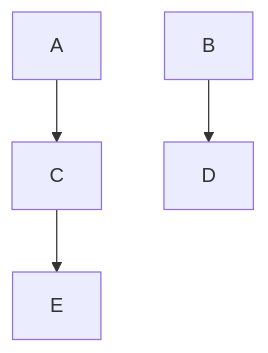
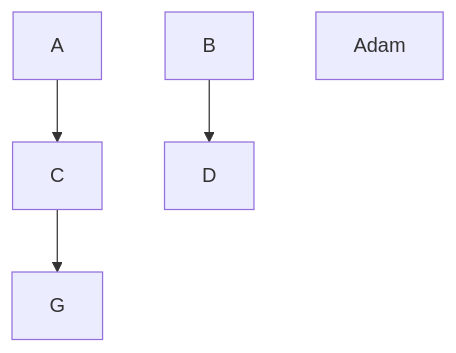
The diagram in README.md (Adamaya/testing), drawn with Mermaid before and after one commit.

````diff
--- a/README.md
+++ b/README.md
@@ -2,6 +2,7 @@
 ```mermaid
 graph TD;
     A-->C;
     B-->D;
-    C-->E;
+    C-->G;
+    Adam
 ```
````
